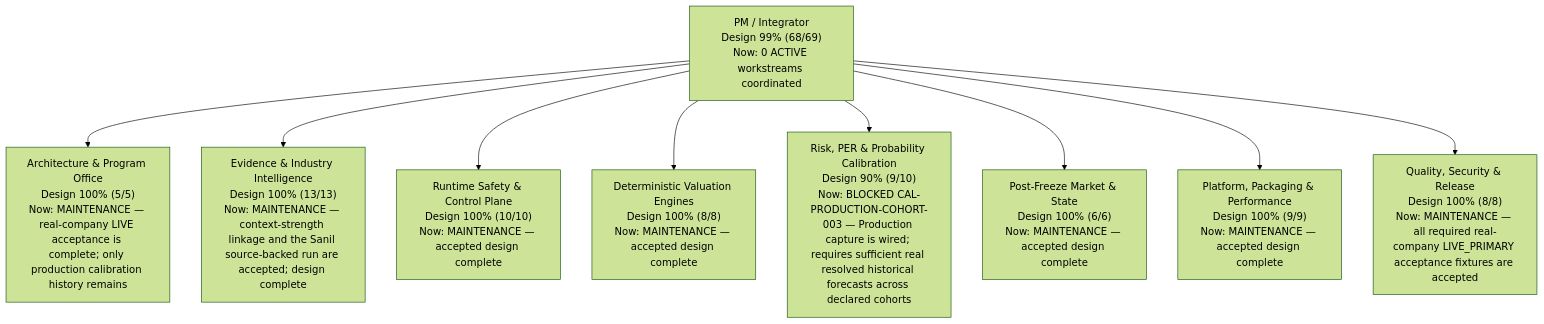
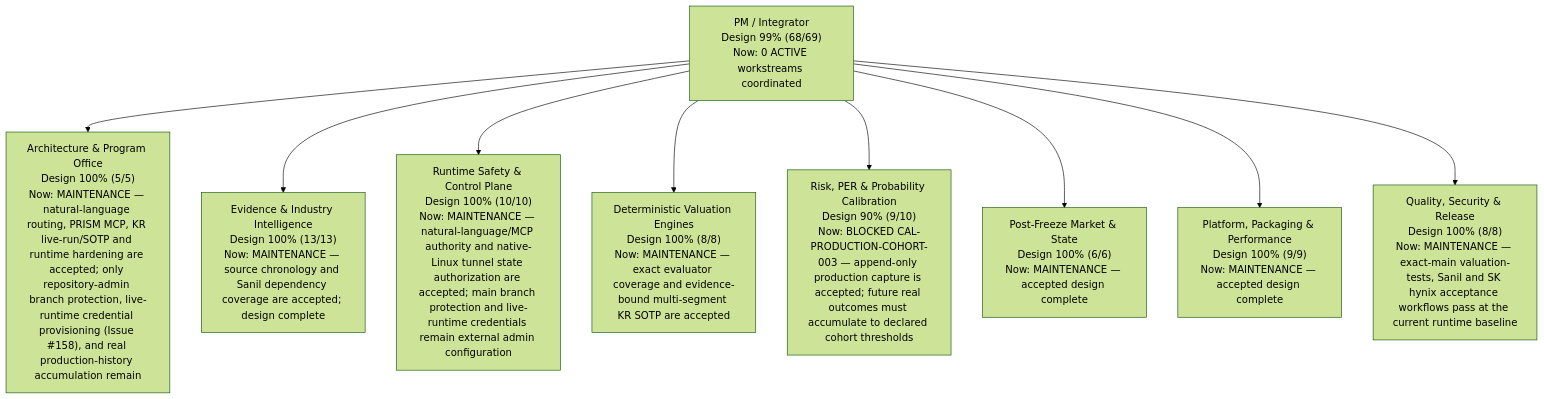
The diagram in PROJECT_STATUS.md (newwonwoo/valuation), drawn with Mermaid (forest theme) before and after one commit. The commit also changed other lines of this file and 1 other file, not shown here.

First line of the commit message:
Synchronize PRISM PM status after routing, SOTP and production-history delivery

````diff
--- a/PROJECT_STATUS.md
+++ b/PROJECT_STATUS.md
@@ -24,12 +24,12 @@
 ```mermaid
 flowchart TB
   PM["PM / Integrator<br/>Design 99% (68/69)<br/>Now: 0 ACTIVE workstreams coordinated"]
-  PM --> PMO["Architecture & Program Office<br/>Design 100% (5/5)<br/>Now: MAINTENANCE — real-company LIVE acceptance is complete; only production calibration history remains"]
-  PM --> EVIDENCE["Evidence & Industry Intelligence<br/>Design 100% (13/13)<br/>Now: MAINTENANCE — context-strength linkage and the Sanil source-backed run are accepted; design complete"]
-  PM --> RUNTIME["Runtime Safety & Control Plane<br/>Design 100% (10/10)<br/>Now: MAINTENANCE — accepted design complete"]
-  PM --> VALUATION["Deterministic Valuation Engines<br/>Design 100% (8/8)<br/>Now: MAINTENANCE — accepted design complete"]
-  PM --> CALIBRATION["Risk, PER & Probability Calibration<br/>Design 90% (9/10)<br/>Now: BLOCKED CAL-PRODUCTION-COHORT-003 — Production capture is wired; requires sufficient real resolved historical forecasts across declared cohorts"]
+  PM --> PMO["Architecture & Program Office<br/>Design 100% (5/5)<br/>Now: MAINTENANCE — natural-language routing, PRISM MCP, KR live-run/SOTP and runtime hardening are accepted; only repository-admin branch protection, live-runtime credential provisioning (Issue #158), and real production-history accumulation remain"]
+  PM --> EVIDENCE["Evidence & Industry Intelligence<br/>Design 100% (13/13)<br/>Now: MAINTENANCE — source chronology and Sanil dependency coverage are accepted; design complete"]
+  PM --> RUNTIME["Runtime Safety & Control Plane<br/>Design 100% (10/10)<br/>Now: MAINTENANCE — natural-language/MCP authority and native-Linux tunnel state authorization are accepted; main branch protection and live-runtime credentials remain external admin configuration"]
+  PM --> VALUATION["Deterministic Valuation Engines<br/>Design 100% (8/8)<br/>Now: MAINTENANCE — exact evaluator coverage and evidence-bound multi-segment KR SOTP are accepted"]
+  PM --> CALIBRATION["Risk, PER & Probability Calibration<br/>Design 90% (9/10)<br/>Now: BLOCKED CAL-PRODUCTION-COHORT-003 — append-only production capture is accepted; future real outcomes must accumulate to declared cohort thresholds"]
   PM --> POST_FREEZE["Post-Freeze Market & State<br/>Design 100% (6/6)<br/>Now: MAINTENANCE — accepted design complete"]
   PM --> PLATFORM["Platform, Packaging & Performance<br/>Design 100% (9/9)<br/>Now: MAINTENANCE — accepted design complete"]
-  PM --> QA_RELEASE["Quality, Security & Release<br/>Design 100% (8/8)<br/>Now: MAINTENANCE — all required real-company LIVE_PRIMARY acceptance fixtures are accepted"]
+  PM --> QA_RELEASE["Quality, Security & Release<br/>Design 100% (8/8)<br/>Now: MAINTENANCE — exact-main valuation-tests, Sanil and SK hynix acceptance workflows pass at the current runtime baseline"]
 ```
````
